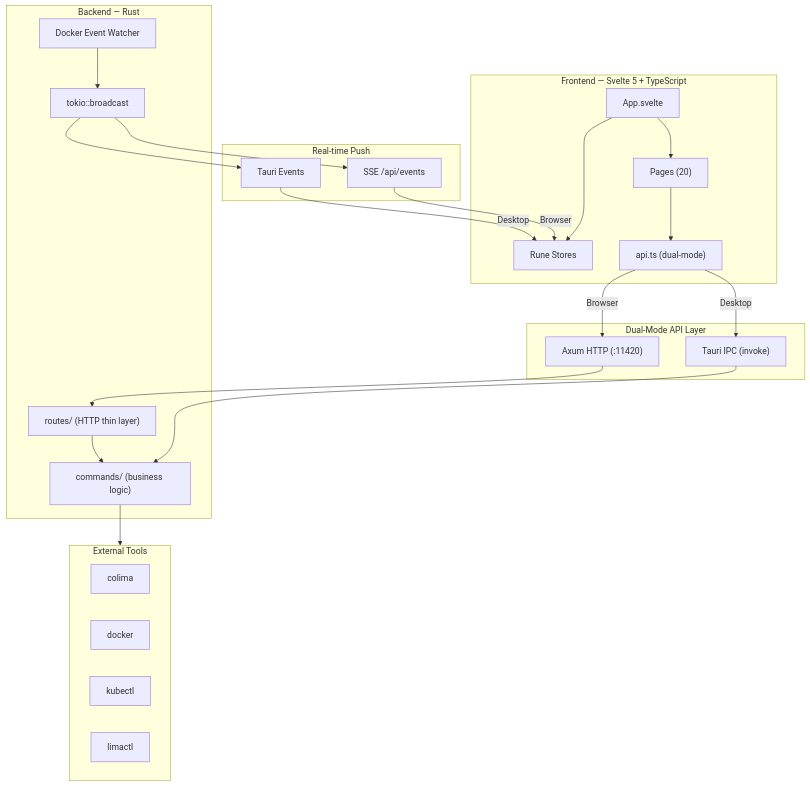
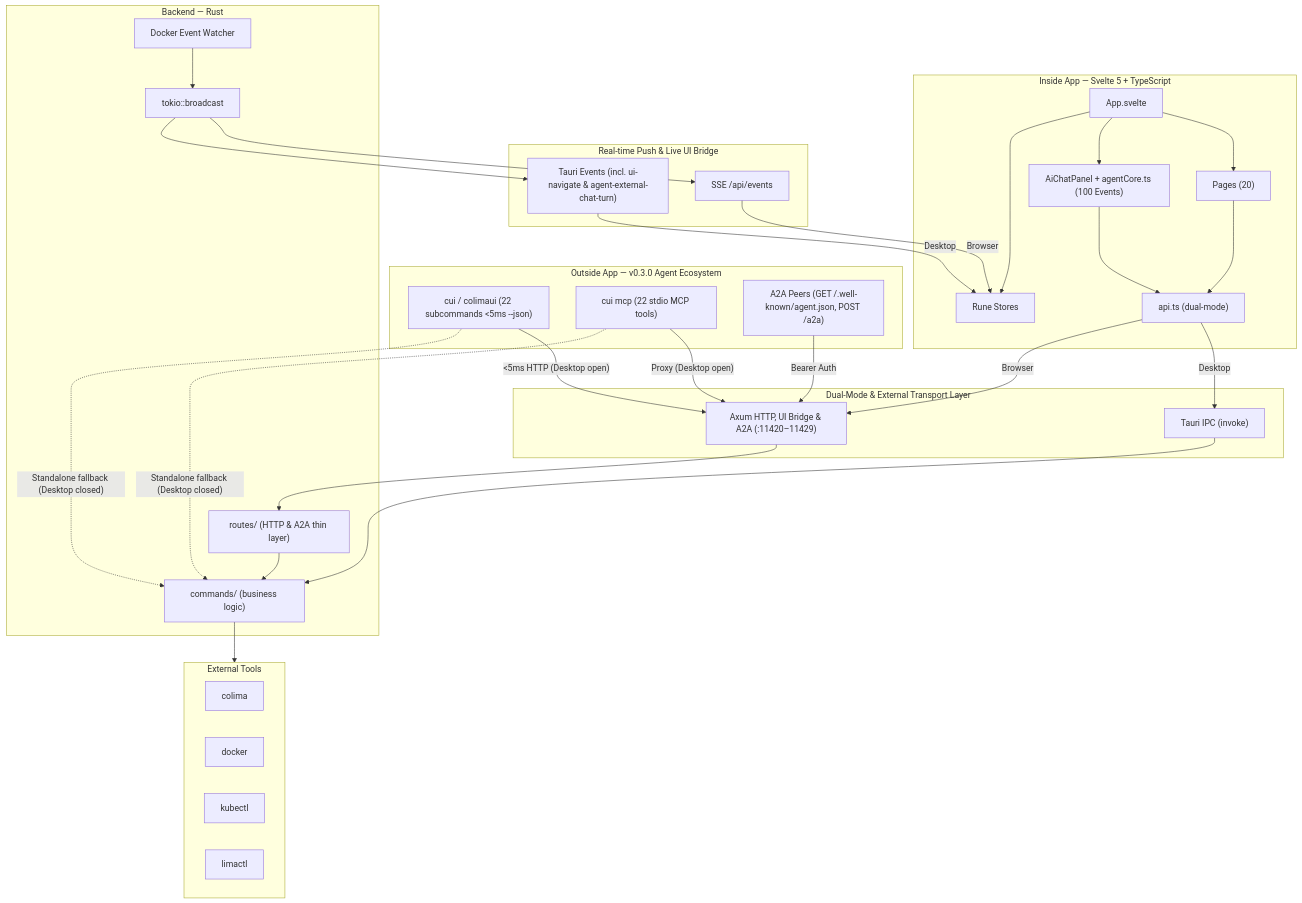
Before and after one commit to vnknowledge2014/colima-ui: the diagram in docs/architecture.md, drawn with Mermaid. The commit also changed other lines of this file and 43 other files, not shown here.

First line of the commit message:
feat(v0.3.0): unify CLI-first cui, full headless agent parity, UI bridge & native A2A (#95)

````diff
--- a/docs/architecture.md
+++ b/docs/architecture.md
@@ -7,50 +7,63 @@
 ```mermaid
 graph TD
-    subgraph Frontend["Frontend — Svelte 5 + TypeScript"]
+    subgraph Frontend["Inside App — Svelte 5 + TypeScript"]
         APP["App.svelte"]
         PAGES["Pages (20)"]
+        PANEL["AiChatPanel + agentCore.ts (100 Events)"]
         STORE["Rune Stores"]
         API["api.ts (dual-mode)"]
     end
 
+    subgraph Outside["Outside App — v0.3.0 Agent Ecosystem"]
+        CUI["cui / colimaui (22 subcommands <5ms --json)"]
+        MCP["cui mcp (22 stdio MCP tools)"]
+        A2A["A2A Peers (GET /.well-known/agent.json, POST /a2a)"]
+    end
+
     APP --> PAGES --> API
+    APP --> PANEL --> API
     APP --> STORE
 
-    subgraph Dual["Dual-Mode API Layer"]
+    subgraph Dual["Dual-Mode & External Transport Layer"]
         TAURI_IPC["Tauri IPC (invoke)"]
-        HTTP["Axum HTTP (:11420)"]
+        HTTP["Axum HTTP, UI Bridge & A2A (:11420–11429)"]
     end
 
     API -->|"Desktop"| TAURI_IPC
     API -->|"Browser"| HTTP
+    CUI -->|"<5ms HTTP (Desktop open)"| HTTP
+    MCP -->|"Proxy (Desktop open)"| HTTP
+    A2A -->|"Bearer Auth"| HTTP
 
-    subgraph Events["Real-time Push"]
-        TAURI_EVT["Tauri Events"]
+    subgraph Events["Real-time Push & Live UI Bridge"]
+        TAURI_EVT["Tauri Events (incl. ui-navigate & agent-external-chat-turn)"]
         SSE["SSE /api/events"]
     end
 
     TAURI_EVT -->|"Desktop"| STORE
     SSE -->|"Browser"| STORE
 
     subgraph Backend["Backend — Rust"]
         CMD["commands/ (business logic)"]
-        ROUTES["routes/ (HTTP thin layer)"]
+        ROUTES["routes/ (HTTP & A2A thin layer)"]
         BROADCAST["tokio::broadcast"]
         WATCHER["Docker Event Watcher"]
     end
 
     TAURI_IPC --> CMD
     HTTP --> ROUTES --> CMD
+    CUI -.->|"Standalone fallback (Desktop closed)"| CMD
+    MCP -.->|"Standalone fallback (Desktop closed)"| CMD
     WATCHER --> BROADCAST
     BROADCAST --> SSE
     BROADCAST --> TAURI_EVT
 
     subgraph CLI["External Tools"]
         COLIMA["colima"]
         DOCKER["docker"]
         KUBECTL["kubectl"]
         LIMACTL["limactl"]
     end
 
     CMD --> CLI
 ```
````
